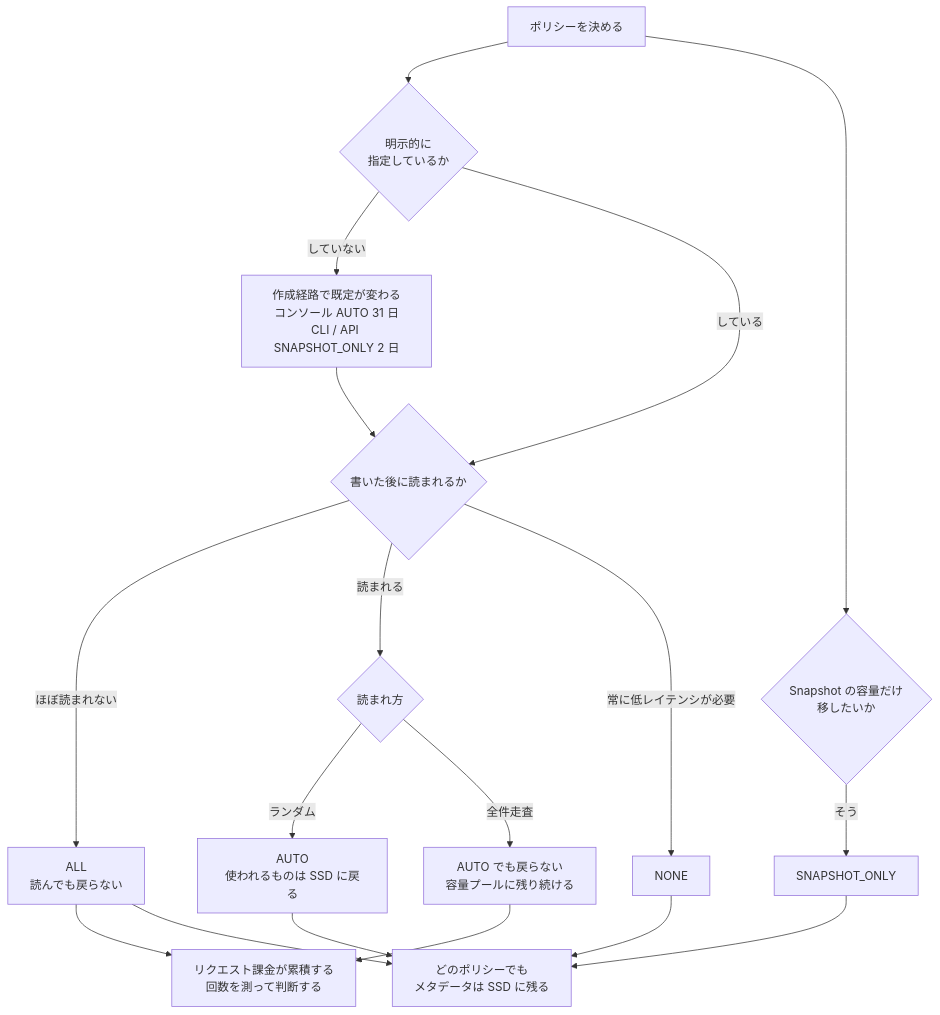
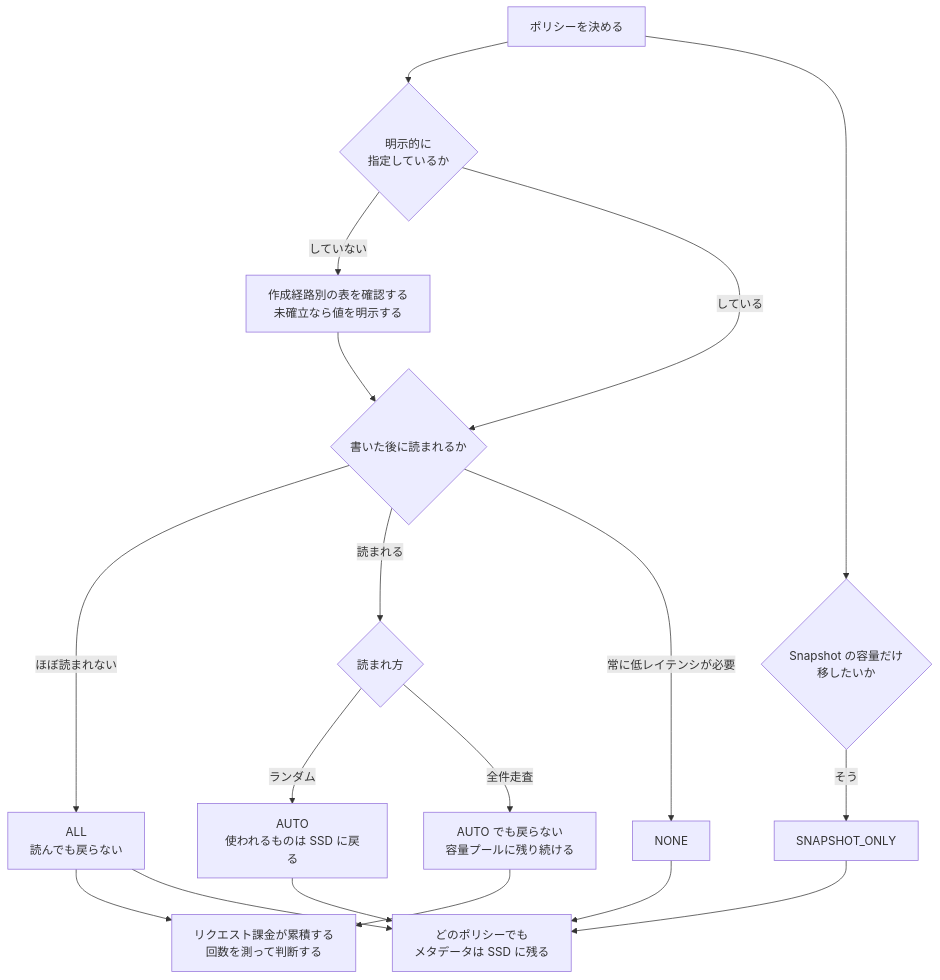
One commit to Yoshiki0705/FSx-for-ONTAP-Adoption-Playbook changed the diagram in docs/ja/reference/comparison/tiering-policies.md. Above: the diagram before and after it, drawn with Mermaid. The commit also changed other lines of this file and 257 other files, not shown here.

````diff
--- a/docs/ja/reference/comparison/tiering-policies.md
+++ b/docs/ja/reference/comparison/tiering-policies.md
@@ -100,25 +99,25 @@
 ```mermaid
 graph TD
     A[ポリシーを決める] --> EXPLICIT{明示的に<br/>指定しているか}
-    EXPLICIT -->|していない| DEFAULT["作成経路で既定が変わる<br/>コンソール AUTO 31 日<br/>CLI / API SNAPSHOT_ONLY 2 日"]
+    EXPLICIT -->|していない| DEFAULT[作成経路別の表を確認する<br/>未確立なら値を明示する]
     EXPLICIT -->|している| READ
 
     DEFAULT --> READ{書いた後に読まれるか}
     READ -->|ほぼ読まれない| ALL["ALL<br/>読んでも戻らない"]
     READ -->|読まれる| HOW{読まれ方}
     READ -->|常に低レイテンシが必要| NONE[NONE]
 
     HOW -->|ランダム| AUTO["AUTO<br/>使われるものは SSD に戻る"]
     HOW -->|全件走査| AUTO2["AUTO でも戻らない<br/>容量プールに残り続ける"]
 
     A --> SNAP{Snapshot の容量だけ<br/>移したいか}
     SNAP -->|そう| SO[SNAPSHOT_ONLY]
 
     ALL --> REQ["リクエスト課金が累積する<br/>回数を測って判断する"]
     AUTO2 --> REQ
 
     AUTO --> META["どのポリシーでも<br/>メタデータは SSD に残る"]
     ALL --> META
     SO --> META
     NONE --> META
 ```
````
